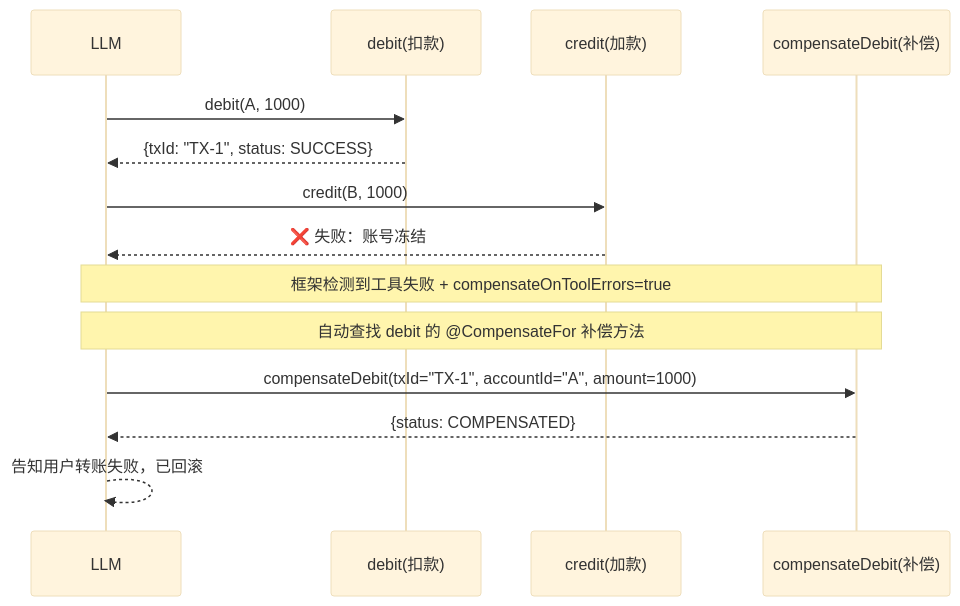
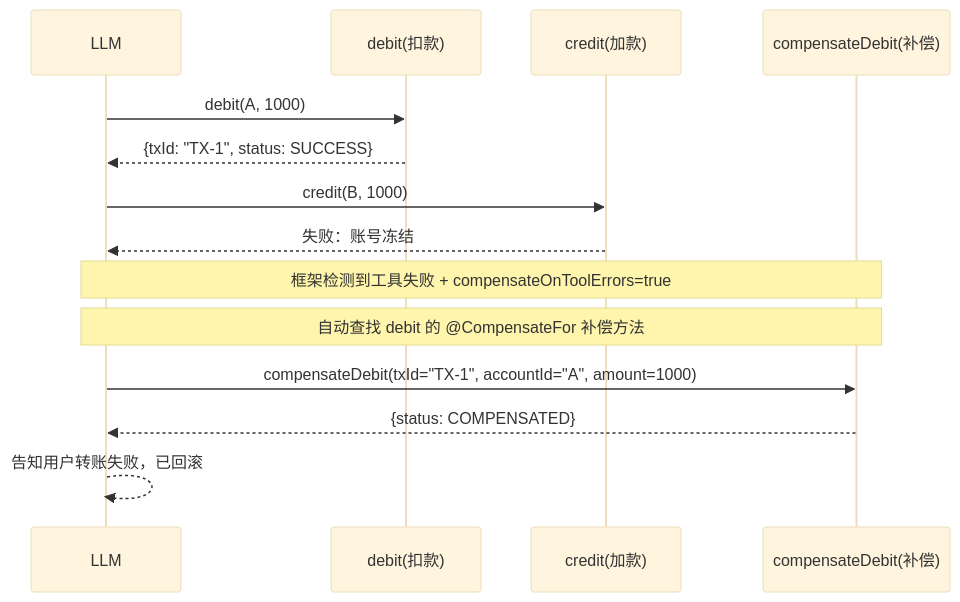
Before and after one commit to hengdboy/langchain4j-in-production: the third of 3 diagrams in chapters/ch06-tools.md, drawn with Mermaid (base theme). The commit also changed other lines of this file and 22 other files, not shown here.

````diff
--- a/chapters/ch06-tools.md
+++ b/chapters/ch06-tools.md
@@ -1107,18 +1107,18 @@
 ```mermaid
 sequenceDiagram
     participant L as LLM
     participant T1 as debit(扣款)
     participant T2 as credit(加款)
     participant C as compensateDebit(补偿)
 
     L->>T1: debit(A, 1000)
     T1-->>L: {txId: "TX-1", status: SUCCESS}
     L->>T2: credit(B, 1000)
-    T2-->>L: ❌ 失败：账号冻结
+    T2-->>L: 失败：账号冻结
     
     Note over L,C: 框架检测到工具失败 + compensateOnToolErrors=true
     Note over L,C: 自动查找 debit 的 @CompensateFor 补偿方法
     L->>C: compensateDebit(txId="TX-1", accountId="A", amount=1000)
     C-->>L: {status: COMPENSATED}
     L-->>L: 告知用户转账失败，已回滚
 ```
````
